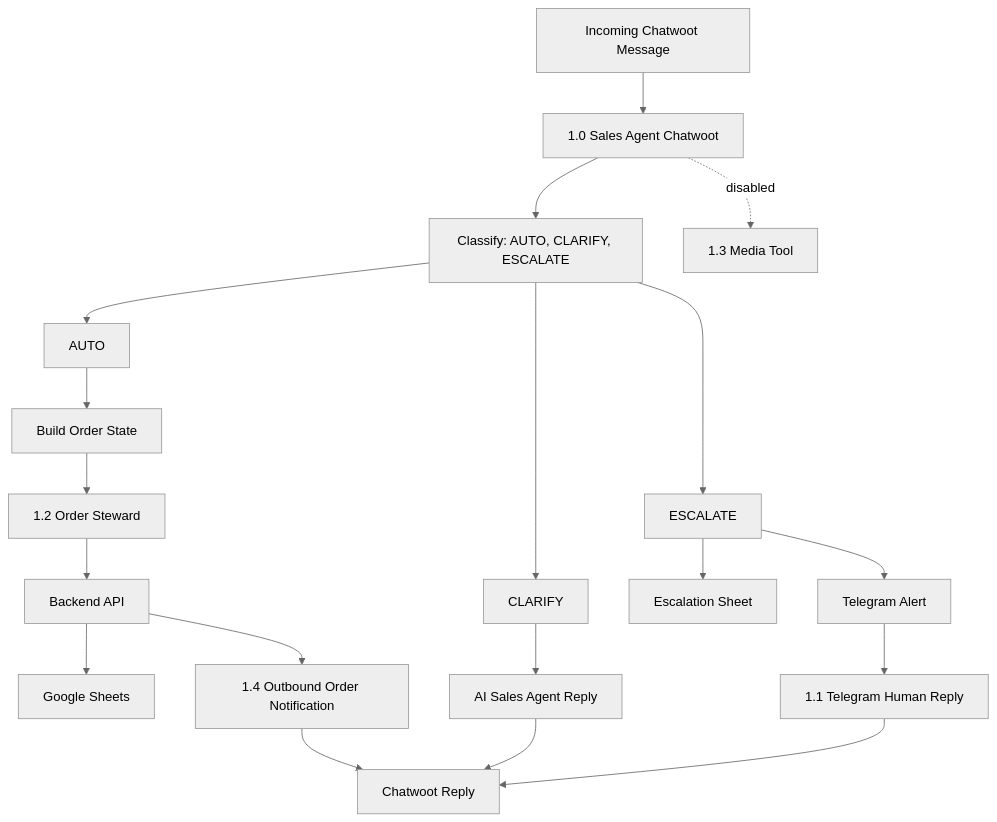
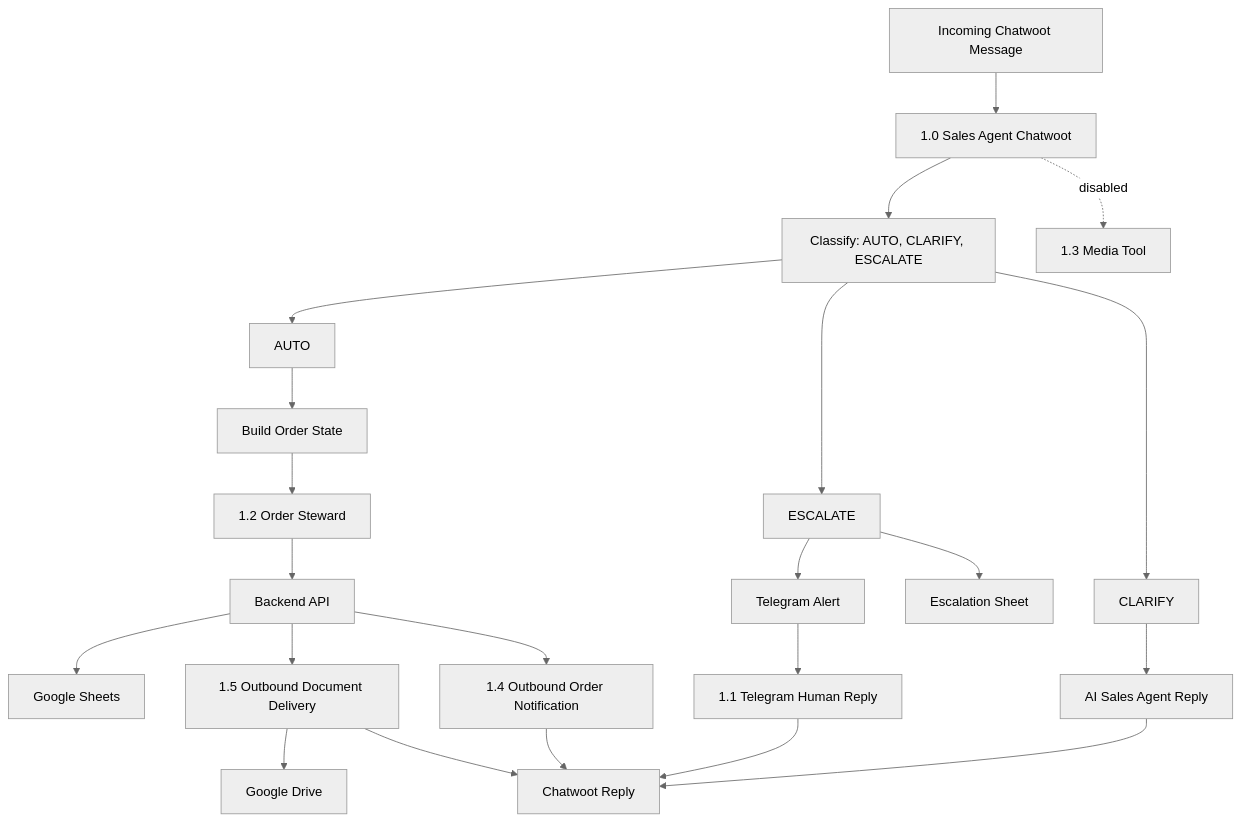
One commit to Crewless9086/amadeus-pig-tracking-system changed the diagram in docs/04-n8n/WORKFLOW_MAP.md. Above: the diagram before and after it, drawn with Mermaid (neutral theme). The commit also changed other lines of this file and 15 other files, not shown here.

````diff
--- a/docs/04-n8n/WORKFLOW_MAP.md
+++ b/docs/04-n8n/WORKFLOW_MAP.md
@@ -9,21 +9,24 @@
 ```mermaid
 flowchart TD
   incoming["Incoming Chatwoot Message"] --> wf10["1.0 Sales Agent Chatwoot"]
   wf10 --> classify["Classify: AUTO, CLARIFY, ESCALATE"]
   classify --> autoPath[AUTO]
   classify --> clarifyPath[CLARIFY]
   classify --> escalatePath[ESCALATE]
   autoPath --> orderState["Build Order State"]
   orderState --> wf12["1.2 Order Steward"]
   wf12 --> backend["Backend API"]
   backend --> sheets["Google Sheets"]
   clarifyPath --> salesAgent["AI Sales Agent Reply"]
   salesAgent --> chatwootReply["Chatwoot Reply"]
   escalatePath --> handoffSheet["Escalation Sheet"]
   escalatePath --> telegramAlert["Telegram Alert"]
   telegramAlert --> wf11["1.1 Telegram Human Reply"]
   wf11 --> chatwootReply
   wf10 -. disabled .-> wf13["1.3 Media Tool"]
   backend --> wf14["1.4 Outbound Order Notification"]
   wf14 --> chatwootReply
+  backend --> wf15["1.5 Outbound Document Delivery"]
+  wf15 --> googleDrive["Google Drive"]
+  wf15 --> chatwootReply
 ```
````
